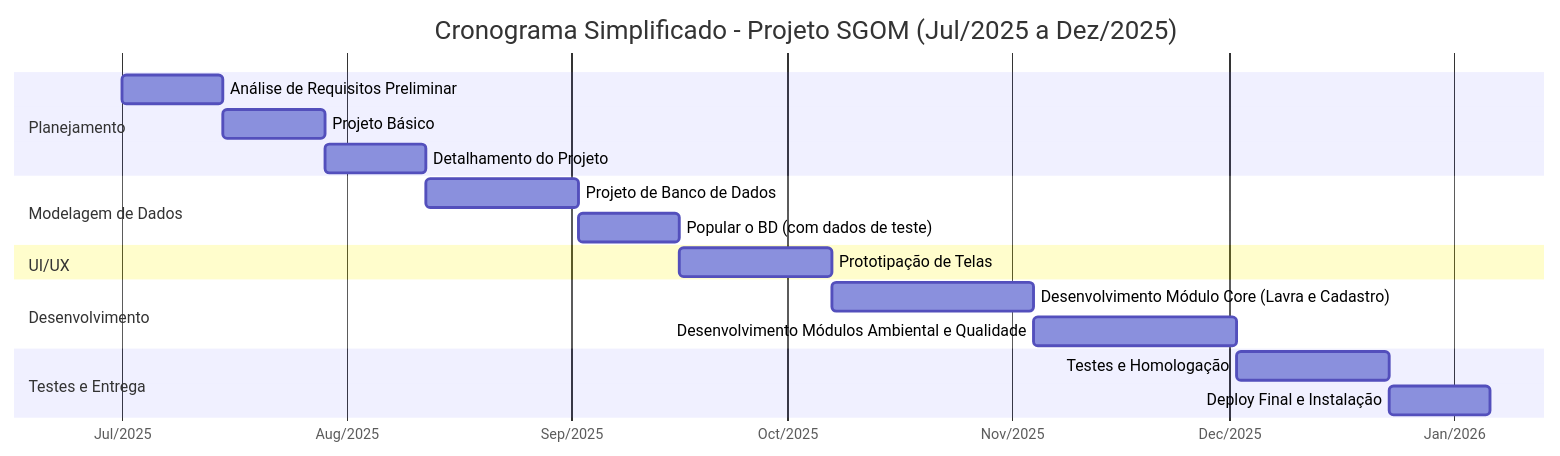
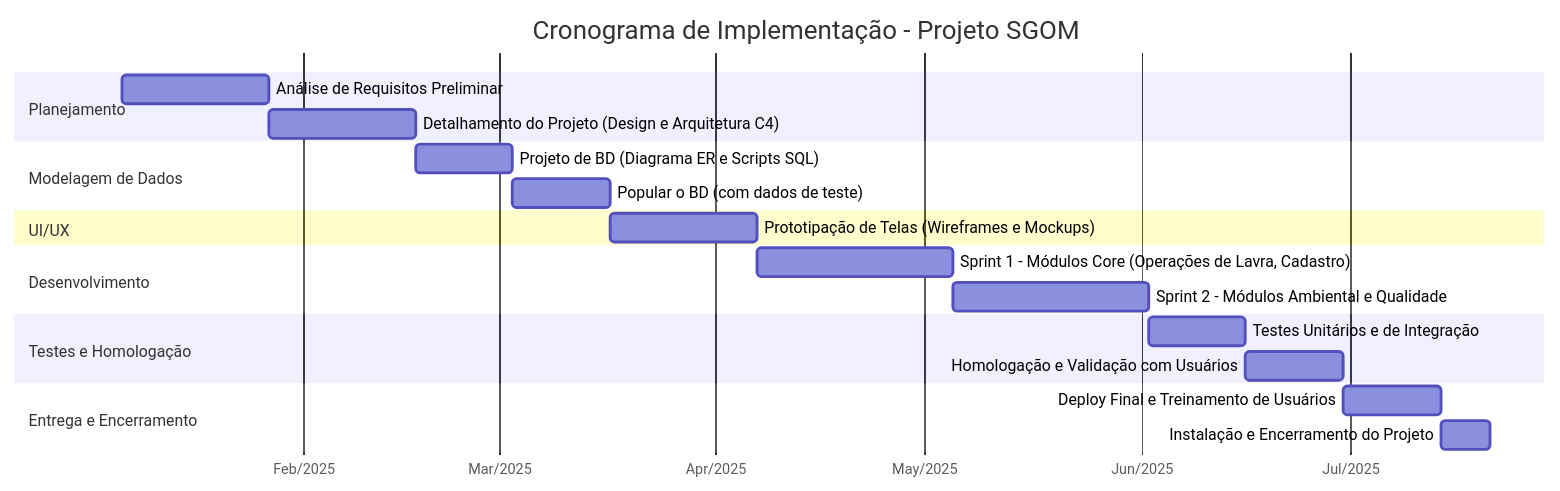
Before and after one commit to FelipeChristopherna/Eng_Software_02.2025: diagram 11 of 11 in README.md, drawn with Mermaid.

````diff
--- a/README.md
+++ b/README.md
@@ -2196,29 +2196,31 @@
 ```mermaid
 gantt
-    title Cronograma Simplificado - Projeto SGOM (Jul/2025 a Dez/2025)
+    title Cronograma de Implementação - Projeto SGOM
     dateFormat  YYYY-MM-DD
     axisFormat  %b/%Y
-    %% Escala de tempo: Julho a Dezembro/2025
 
     section Planejamento
-        Análise de Requisitos Preliminar          :a1, 2025-07-01, 2w
-        Projeto Básico                            :a2, after a1, 2w
-        Detalhamento do Projeto                   :a3, after a2, 2w
+    Análise de Requisitos Preliminar       :a1, 2025-01-06, 3w
+    Detalhamento do Projeto (Design e Arquitetura C4)  :a2, after a1, 3w
 
     section Modelagem de Dados
-        Projeto de Banco de Dados                 :b1, after a3, 3w
-        Popular o BD (com dados de teste)         :b2, after b1, 2w
+    Projeto de BD (Diagrama ER e Scripts SQL)          :b1, after a2, 2w
+    Popular o BD (com dados de teste)                  :b2, after b1, 2w
 
     section UI/UX
-        Prototipação de Telas                     :c1, after b2, 3w
+    Prototipação de Telas (Wireframes e Mockups)       :c1, after b2, 3w
 
     section Desenvolvimento
-        Desenvolvimento Módulo Core (Lavra e Cadastro)   :d1, after c1, 4w
-        Desenvolvimento Módulos Ambiental e Qualidade    :d2, after d1, 4w
+    Sprint 1 - Módulos Core (Operações de Lavra, Cadastro) :d1, after c1, 4w
+    Sprint 2 - Módulos Ambiental e Qualidade               :d2, after d1, 4w
 
-    section Testes e Entrega
-        Testes e Homologação                     :e1, after d2, 3w
-        Deploy Final e Instalação                :e2, after e1, 2w
+    section Testes e Homologação
+    Testes Unitários e de Integração                  :e1, after d2, 2w
+    Homologação e Validação com Usuários              :e2, after e1, 2w
+
+    section Entrega e Encerramento
+    Deploy Final e Treinamento de Usuários            :f1, after e2, 2w
+    Instalação e Encerramento do Projeto              :f2, after f1, 1w
 
 
 ```
````
